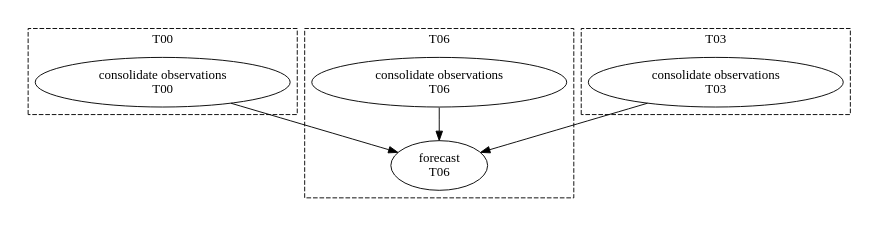
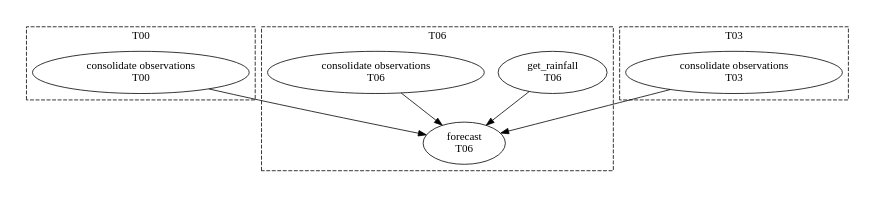
One commit to metomi/rose changed the second of 5 diagrams in sphinx/tutorial/cylc/scheduling/datetime-cycling.rst. Above: the diagram before and after it, drawn with Graphviz. The commit also changed other lines of this file, not shown here.

```diff
--- a/sphinx/tutorial/cylc/scheduling/datetime-cycling.rst
+++ b/sphinx/tutorial/cylc/scheduling/datetime-cycling.rst
@@ -255,28 +271,30 @@
-     .. digraph:: example
-        :align: center
+.. digraph:: example
+   :align: center
 
-        size = "5,4"
-        bgcolor=none
+   size = "5,4"
+   bgcolor=none
 
-        subgraph cluster_T00 {
-            label="T00"
-            style="dashed"
-            "observations.t00" [label="consolidate observations\nT00"]
-        }
+   subgraph cluster_T00 {
+       label="T00"
+       style="dashed"
+       "observations.t00" [label="consolidate observations\nT00"]
+   }
 
-        subgraph cluster_T03 {
-            label="T03"
-            style="dashed"
-            "observations.t03" [label="consolidate observations\nT03"]
-        }
+   subgraph cluster_T03 {
+       label="T03"
+       style="dashed"
+       "observations.t03" [label="consolidate observations\nT03"]
+   }
 
-        subgraph cluster_T06 {
-            label="T06"
-            style="dashed"
-            "forecast.t06" [label="forecast\nT06"]
-            "observations.t06" [label="consolidate observations\nT06"]
-        }
+   subgraph cluster_T06 {
+       label="T06"
+       style="dashed"
+       "forecast.t06" [label="forecast\nT06"]
+       "get_rainfall.t06" [label="get_rainfall\nT06"]
+       "observations.t06" [label="consolidate observations\nT06"]
+   }
 
-        "observations.t00" -> "forecast.t06"
-        "observations.t03" -> "forecast.t06"
-        "observations.t06" -> "forecast.t06"        
+   "observations.t00" -> "forecast.t06"
+   "observations.t03" -> "forecast.t06"
+   "observations.t06" -> "forecast.t06"
+   "get_rainfall.t06" -> "forecast.t06"
```
